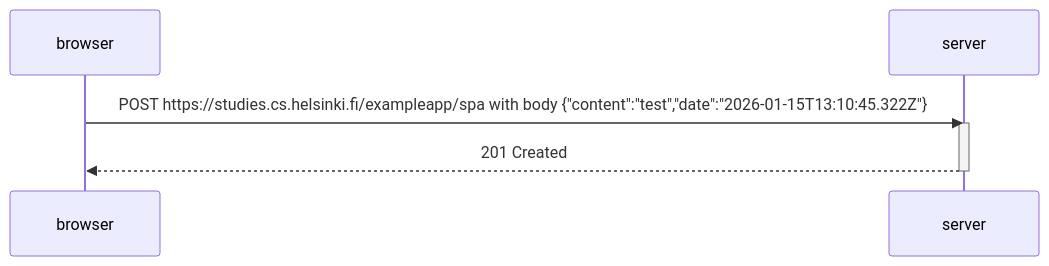
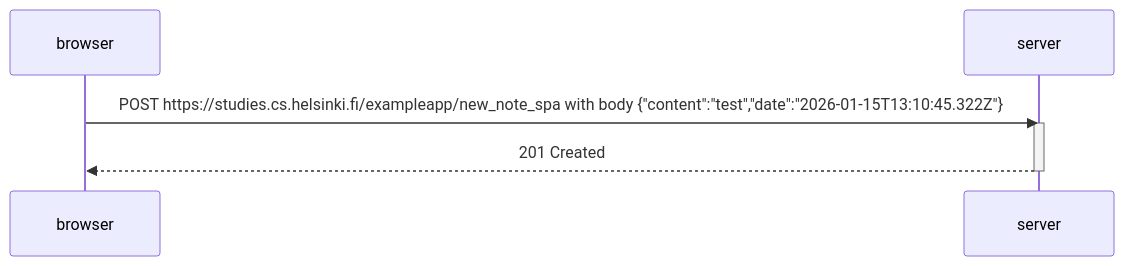
Before and after one commit to TangJosephsky/fullstackopen: the diagram in part0/new-note-SPA-diagram/README.md, drawn with Mermaid.

Commit message:
Update POST request URL in README.md

````diff
--- a/part0/new-note-SPA-diagram/README.md
+++ b/part0/new-note-SPA-diagram/README.md
@@ -1,10 +1,10 @@
 ```mermaid
 sequenceDiagram
     participant browser
     participant server
 
-    browser->>server: POST https://studies.cs.helsinki.fi/exampleapp/spa with body {"content":"test","date":"2026-01-15T13:10:45.322Z"}
+    browser->>server: POST https://studies.cs.helsinki.fi/exampleapp/new_note_spa with body {"content":"test","date":"2026-01-15T13:10:45.322Z"}
     activate server
     server-->>browser: 201 Created
     deactivate server
 ```
````
